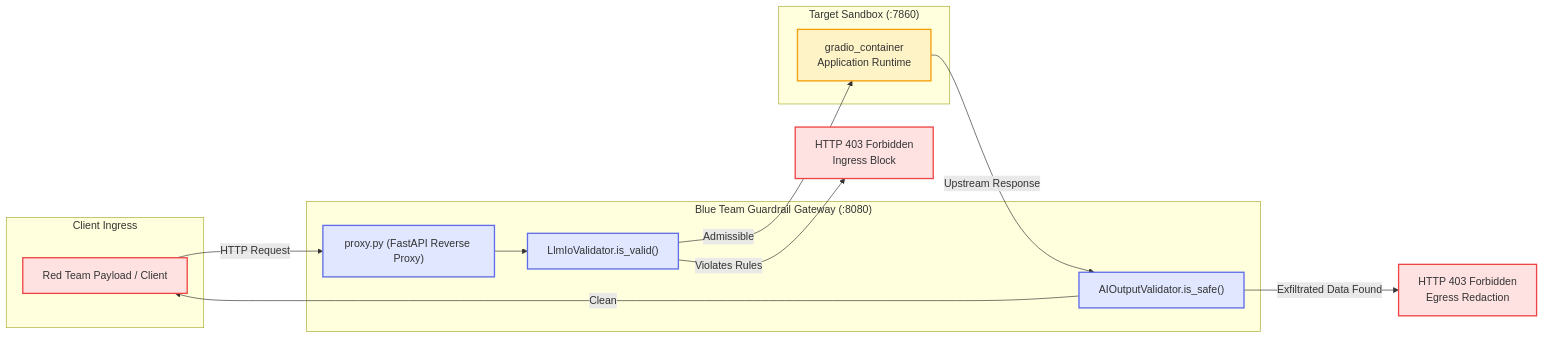
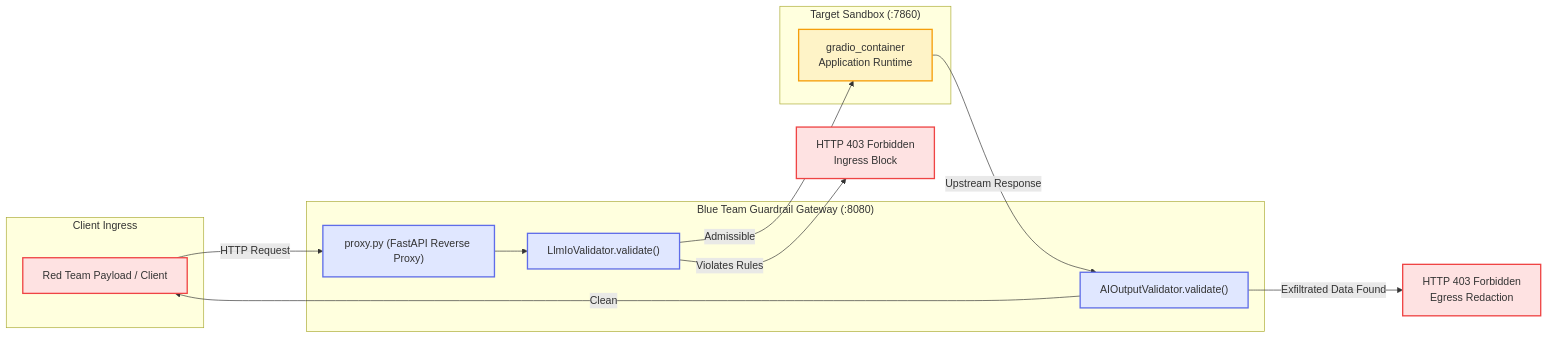
The diagram in code/blue-team/prompt_injection/deserialization/README.md (felipepenha/gurple), drawn with Mermaid before and after one commit. The commit also changed 10 other files, not shown here.

````diff
--- a/code/blue-team/prompt_injection/deserialization/README.md
+++ b/code/blue-team/prompt_injection/deserialization/README.md
@@ -17,32 +17,32 @@
 ```mermaid
 flowchart LR
     subgraph ClientLayer["Client Ingress"]
         Attacker["Red Team Payload / Client"]
     end
 
     subgraph BlueGateway["Blue Team Guardrail Gateway (:8080)"]
         Proxy["proxy.py (FastAPI Reverse Proxy)"]
-        InputVal["LlmIoValidator.is_valid()"]
-        EgressVal["AIOutputValidator.is_safe()"]
+        InputVal["LlmIoValidator.validate()"]
+        EgressVal["AIOutputValidator.validate()"]
     end
 
     subgraph TargetLayer["Target Sandbox (:7860)"]
         Gradio["gradio_container<br/>Application Runtime"]
     end
 
     Attacker -->|"HTTP Request"| Proxy
     Proxy --> InputVal
     InputVal -->|"Violates Rules"| BlockIngress["HTTP 403 Forbidden<br/>Ingress Block"]
     InputVal -->|"Admissible"| Gradio
     Gradio -->|"Upstream Response"| EgressVal
     EgressVal -->|"Exfiltrated Data Found"| BlockEgress["HTTP 403 Forbidden<br/>Egress Redaction"]
     EgressVal -->|"Clean"| Attacker
 
     style Attacker fill:#fee2e2,stroke:#ef4444,stroke-width:2px;
     style BlockIngress fill:#fee2e2,stroke:#ef4444,stroke-width:2px;
     style BlockEgress fill:#fee2e2,stroke:#ef4444,stroke-width:2px;
     style Proxy fill:#e0e7ff,stroke:#5f6de9,stroke-width:2px;
     style InputVal fill:#e0e7ff,stroke:#5f6de9,stroke-width:2px;
     style EgressVal fill:#e0e7ff,stroke:#5f6de9,stroke-width:2px;
     style Gradio fill:#fef3c7,stroke:#f59e0b,stroke-width:2px;
 ```
````
